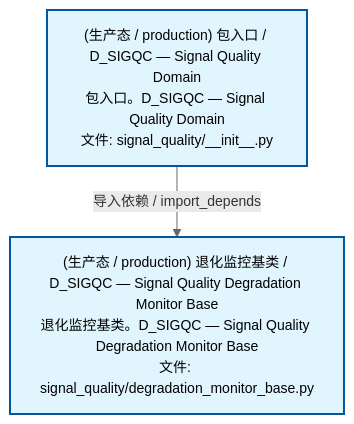
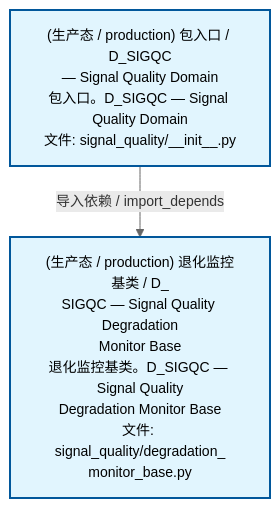
The second of 3 diagrams in docs/02_enterprise_architecture/02_domain_architecture_docs/69_d_sigqc.md (xuanFelixVan/ZephyrAlpha), drawn with Mermaid before and after one commit. The commit also changed other lines of this file and 59 other files, not shown here.

````diff
--- a/docs/02_enterprise_architecture/02_domain_architecture_docs/69_d_sigqc.md
+++ b/docs/02_enterprise_architecture/02_domain_architecture_docs/69_d_sigqc.md
@@ -75,12 +75,12 @@
 ```mermaid
 %%{init: {'theme': 'base', 'themeVariables': {'primaryColor': '#eaeaea', 'primaryTextColor': '#333333', 'primaryBorderColor': '#666666', 'lineColor': '#666666', 'secondaryColor': '#eaeaea', 'tertiaryColor': '#eaeaea', 'fontSize': '14px'}}}%%
 flowchart TD
-    src_zephyr_signal_quality_init_py["(生产态 / production) 包入口 / D_SIGQC — Signal Quality Domain<br/>包入口。D_SIGQC — Signal Quality Domain<br/>文件: signal_quality/__init__.py"]
-    src_zephyr_signal_quality_degradation_monitor_base_py["(生产态 / production) 退化监控基类 / D_SIGQC — Signal Quality Degradation Monitor Base<br/>退化监控基类。D_SIGQC — Signal Quality Degradation Monitor Base<br/>文件: signal_quality/degradation_monitor_base.py"]
+    src_zephyr_signal_quality_init_py["(生产态 / production) 包入口 / D_SIGQC<br/>— Signal Quality Domain<br/>包入口。D_SIGQC — Signal Quality Domain<br/>文件: signal_quality/__init__.py"]
+    src_zephyr_signal_quality_degradation_monitor_base_py["(生产态 / production) 退化监控基类 / D_<br/>SIGQC — Signal Quality Degradation<br/>Monitor Base<br/>退化监控基类。D_SIGQC — Signal Quality<br/>Degradation Monitor Base<br/>文件: signal_quality/degradation_<br/>monitor_base.py"]
     src_zephyr_signal_quality_init_py -->|导入依赖 / import_depends| src_zephyr_signal_quality_degradation_monitor_base_py
     classDef production fill:#e1f5fe,stroke:#01579b,stroke-width:2px,color:#000
     classDef design fill:#fff3e0,stroke:#e65100,stroke-width:2px,color:#000,stroke-dasharray: 5 5
     classDef external_prod fill:#e8f4fd,stroke:#0277bd,stroke-width:1px,color:#000
     classDef external_design fill:#fff8e7,stroke:#ef6c00,stroke-width:1px,color:#000,stroke-dasharray: 5 5
     class src_zephyr_signal_quality_init_py,src_zephyr_signal_quality_degradation_monitor_base_py production
 ```
````
